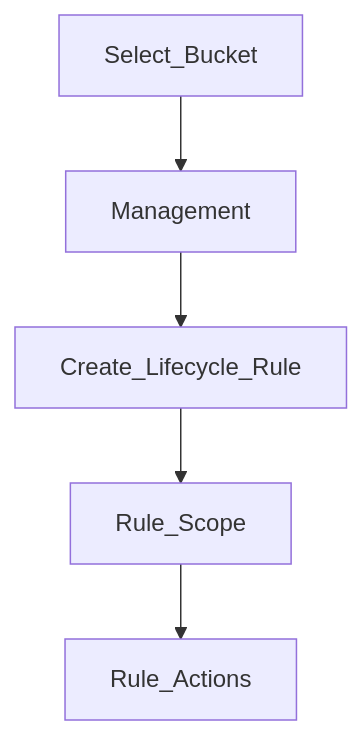
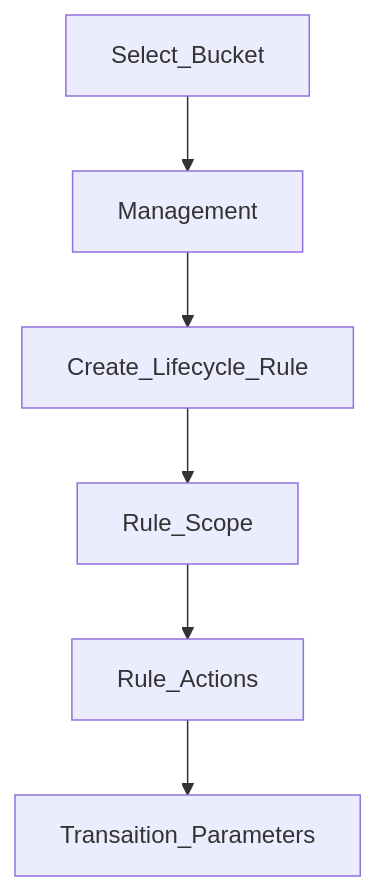
One commit to jjbokan3/DE_Notes changed the first of 2 diagrams in AWS Cert/Storage/S3/Storage Classes.md. Above: the diagram before and after it, drawn with Mermaid. The commit also changed other lines of this file and 41 other files, not shown here.

````diff
--- a/AWS Cert/Storage/S3/Storage Classes.md
+++ b/AWS Cert/Storage/S3/Storage Classes.md
@@ -61,5 +61,5 @@
 ```mermaid
 graph TD
 
-Select_Bucket --> Management --> Create_Lifecycle_Rule --> Rule_Scope --> Rule_Actions
+Select_Bucket --> Management --> Create_Lifecycle_Rule --> Rule_Scope --> Rule_Actions --> Transaition_Parameters
 ```
````
